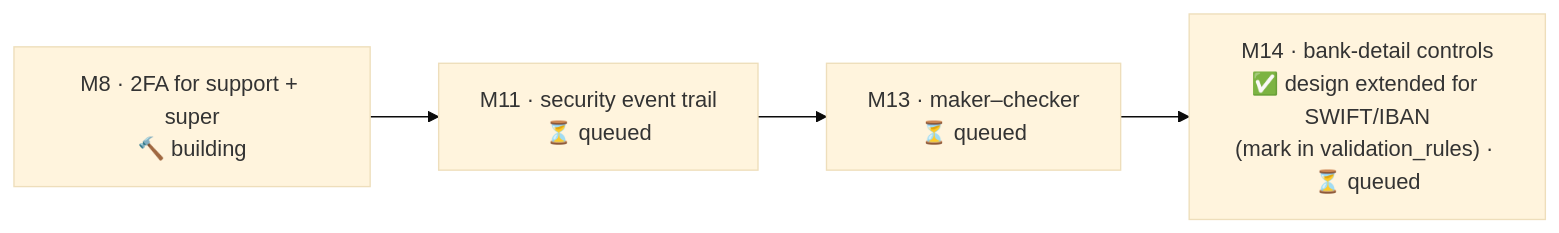
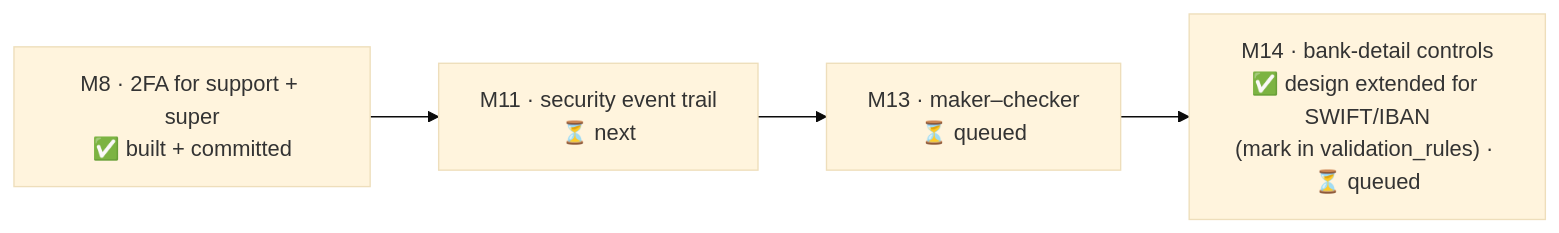
The sixth of 7 diagrams in docs/security/owasp_2026_11_changes.md (sampadadiwan/IRM_CompanyMain), drawn with Mermaid (base theme) before and after one commit. The commit also changed other lines of this file and 55 other files, not shown here.

First line of the commit message:
M8 (OWASP 2026-11 Group B): two-factor required for CapHive support and super users

````diff
--- a/docs/security/owasp_2026_11_changes.md
+++ b/docs/security/owasp_2026_11_changes.md
@@ -1233,6 +1233,6 @@
 ```mermaid
 flowchart LR
-    M8["M8 · 2FA for support + super<br/>🔨 building"] --> M11["M11 · security event trail<br/>⏳ queued"]
+    M8["M8 · 2FA for support + super<br/>✅ built + committed"] --> M11["M11 · security event trail<br/>⏳ next"]
     M11 --> M13["M13 · maker–checker<br/>⏳ queued"]
     M13 --> M14["M14 · bank-detail controls<br/>✅ design extended for SWIFT/IBAN<br/>(mark in validation_rules) · ⏳ queued"]
 ```
````
